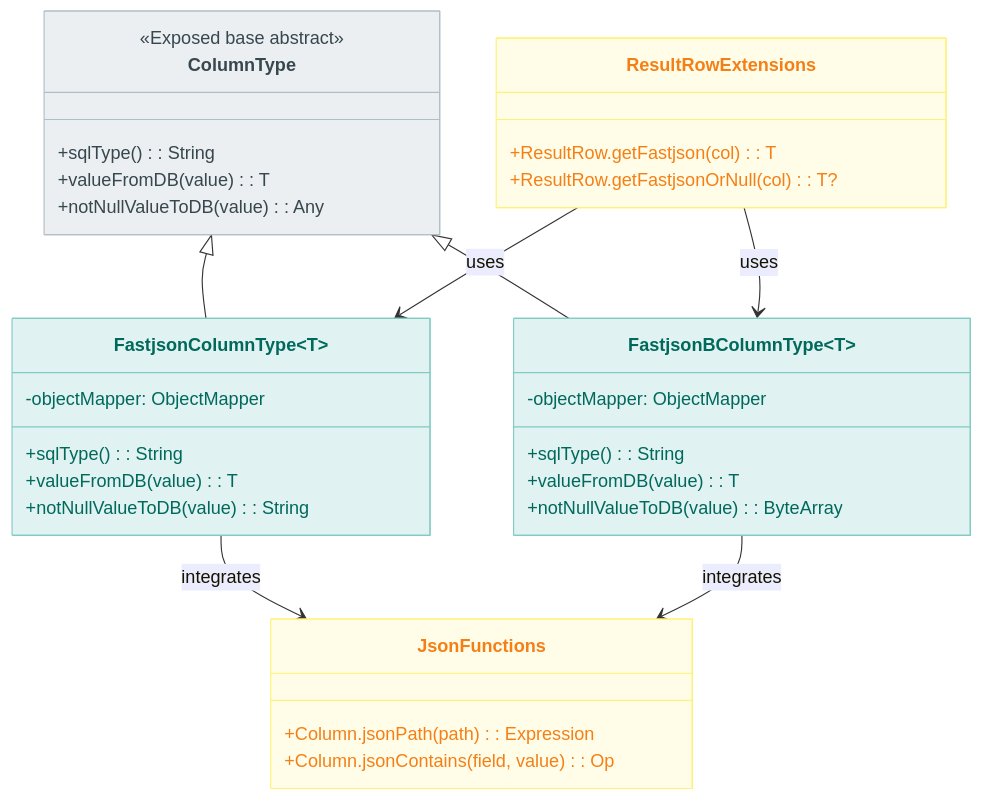
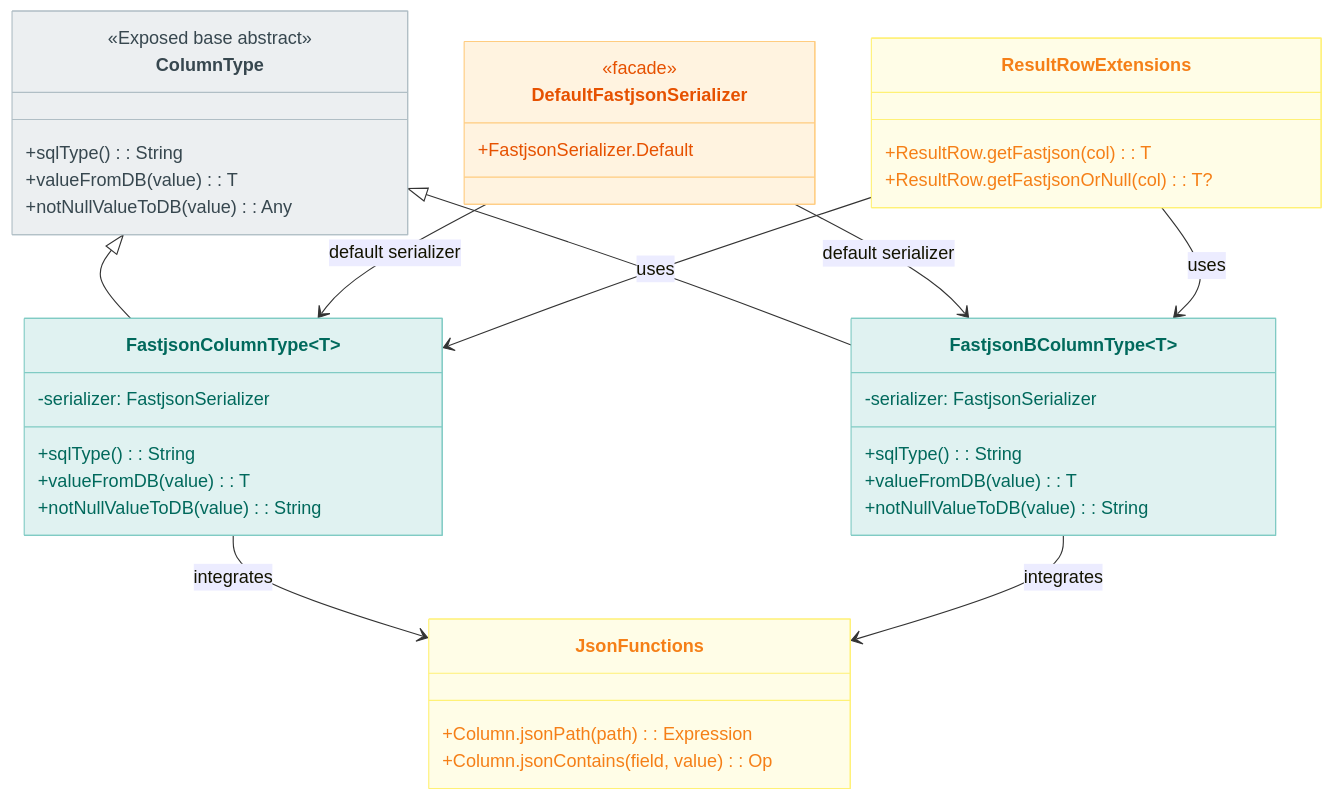
Before and after one commit to bluetape4k/bluetape4k-exposed: the second of 3 diagrams in exposed/exposed-fastjson2/README.md, drawn with Mermaid. The commit also changed other lines of this file and 13 other files, not shown here.

First line of the commit message:
Align Fastjson serializer defaults for Exposed

````diff
--- a/exposed/exposed-fastjson2/README.md
+++ b/exposed/exposed-fastjson2/README.md
@@ -151,42 +158,49 @@
 ```mermaid
 classDiagram
     class ColumnType {
         <<Exposed base abstract>>
         +sqlType(): String
         +valueFromDB(value): T
         +notNullValueToDB(value): Any
     }
     class FastjsonColumnType~T~ {
-        -objectMapper: ObjectMapper
+        -serializer: FastjsonSerializer
         +sqlType(): String
         +valueFromDB(value): T
         +notNullValueToDB(value): String
     }
     class FastjsonBColumnType~T~ {
-        -objectMapper: ObjectMapper
+        -serializer: FastjsonSerializer
         +sqlType(): String
         +valueFromDB(value): T
-        +notNullValueToDB(value): ByteArray
+        +notNullValueToDB(value): String
+    }
+    class DefaultFastjsonSerializer {
+        <<facade>>
+        +FastjsonSerializer.Default
     }
     class JsonFunctions {
         +Column.jsonPath(path): Expression
         +Column.jsonContains(field, value): Op
     }
     class ResultRowExtensions {
         +ResultRow.getFastjson(col): T
         +ResultRow.getFastjsonOrNull(col): T?
     }
 
     ColumnType <|-- FastjsonColumnType
     ColumnType <|-- FastjsonBColumnType
     FastjsonColumnType --> JsonFunctions : integrates
     FastjsonBColumnType --> JsonFunctions : integrates
+    DefaultFastjsonSerializer --> FastjsonColumnType : default serializer
+    DefaultFastjsonSerializer --> FastjsonBColumnType : default serializer
     ResultRowExtensions --> FastjsonColumnType : uses
     ResultRowExtensions --> FastjsonBColumnType : uses
 
     style ColumnType fill:#ECEFF1,stroke:#B0BEC5,color:#37474F
     style FastjsonColumnType fill:#E0F2F1,stroke:#80CBC4,color:#00695C
     style FastjsonBColumnType fill:#E0F2F1,stroke:#80CBC4,color:#00695C
+    style DefaultFastjsonSerializer fill:#FFF3E0,stroke:#FFCC80,color:#E65100
     style JsonFunctions fill:#FFFDE7,stroke:#FFF176,color:#F57F17
     style ResultRowExtensions fill:#FFFDE7,stroke:#FFF176,color:#F57F17
 ```
````
